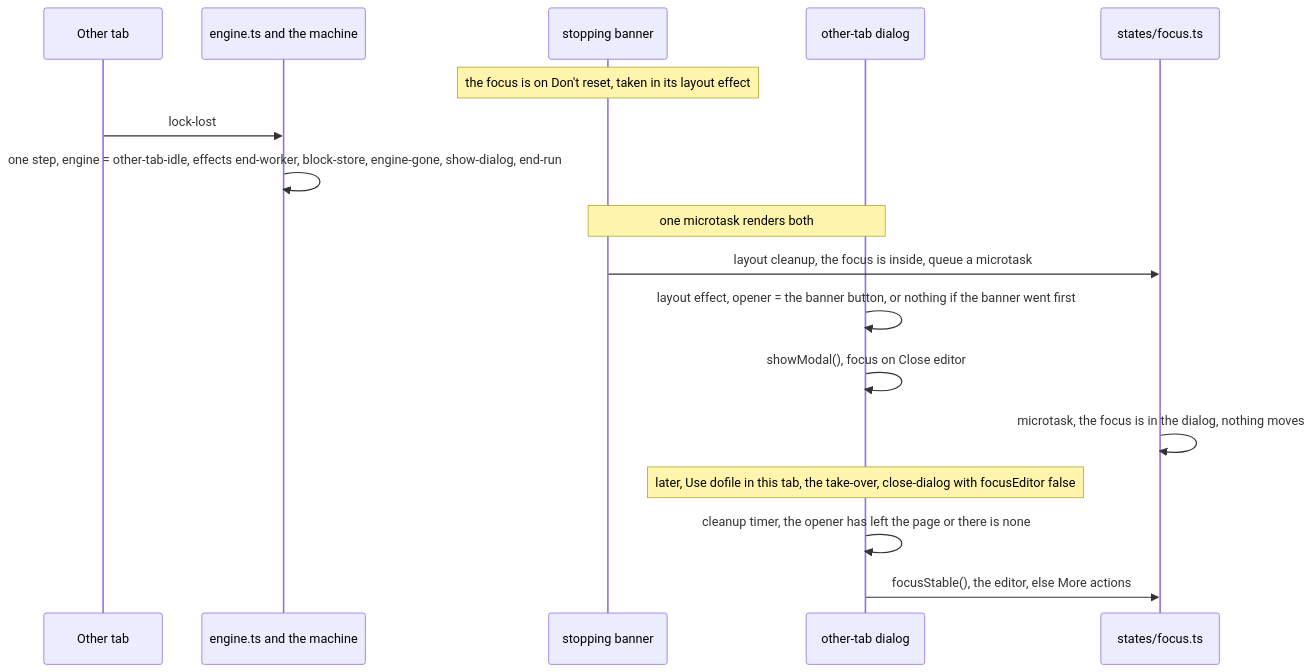
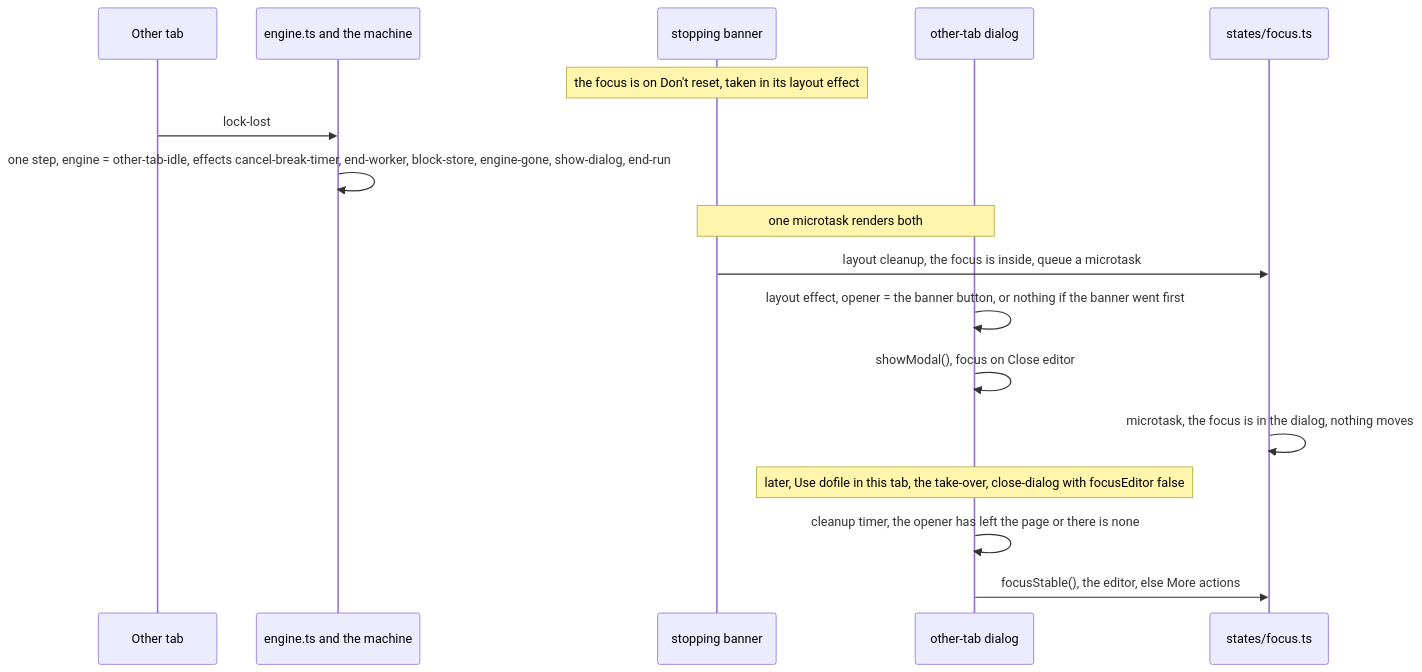
One commit to jeffzyliu/dofile changed the third of 11 diagrams in docs/web-page-flows.md. Above: the diagram before and after it, drawn with Mermaid. The commit also changed other lines of this file, not shown here.

````diff
--- a/docs/web-page-flows.md
+++ b/docs/web-page-flows.md
@@ -127,19 +128,19 @@
 ```mermaid
 sequenceDiagram
   participant O as Other tab
   participant E as engine.ts and the machine
   participant SB as stopping banner
   participant D as other-tab dialog
   participant F as states/focus.ts
   Note over SB: the focus is on Don't reset, taken in its layout effect
   O->>E: lock-lost
-  E->>E: one step, engine = other-tab-idle, effects end-worker, block-store, engine-gone, show-dialog, end-run
+  E->>E: one step, engine = other-tab-idle, effects cancel-break-timer, end-worker, block-store, engine-gone, show-dialog, end-run
   Note over SB,D: one microtask renders both
   SB->>F: layout cleanup, the focus is inside, queue a microtask
   D->>D: layout effect, opener = the banner button, or nothing if the banner went first
   D->>D: showModal(), focus on Close editor
   F->>F: microtask, the focus is in the dialog, nothing moves
   Note over D: later, Use dofile in this tab, the take-over, close-dialog with focusEditor false
   D->>D: cleanup timer, the opener has left the page or there is none
   D->>F: focusStable(), the editor, else More actions
 ```
````
